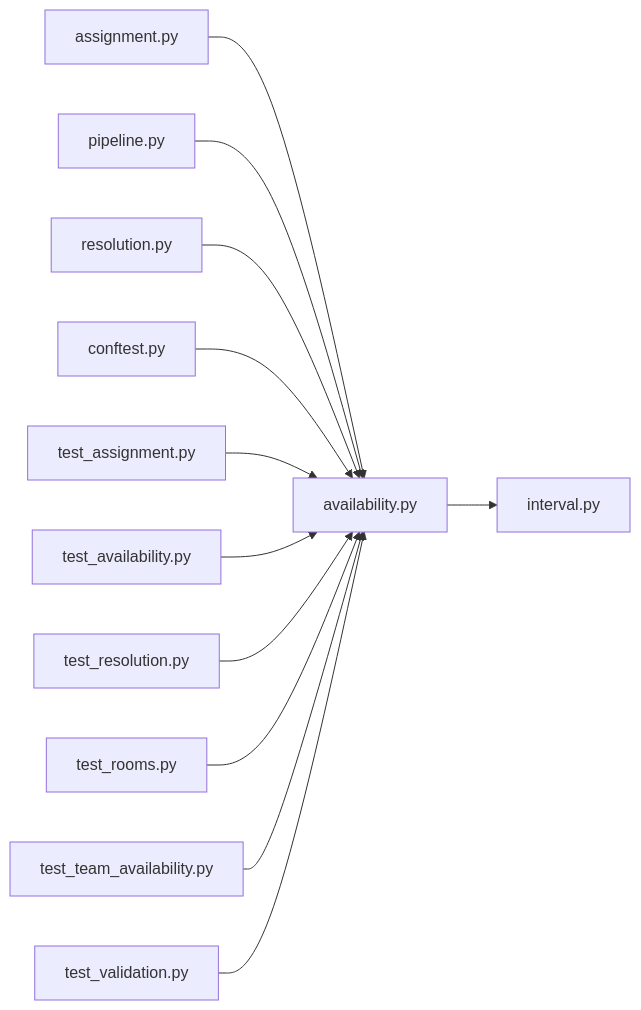
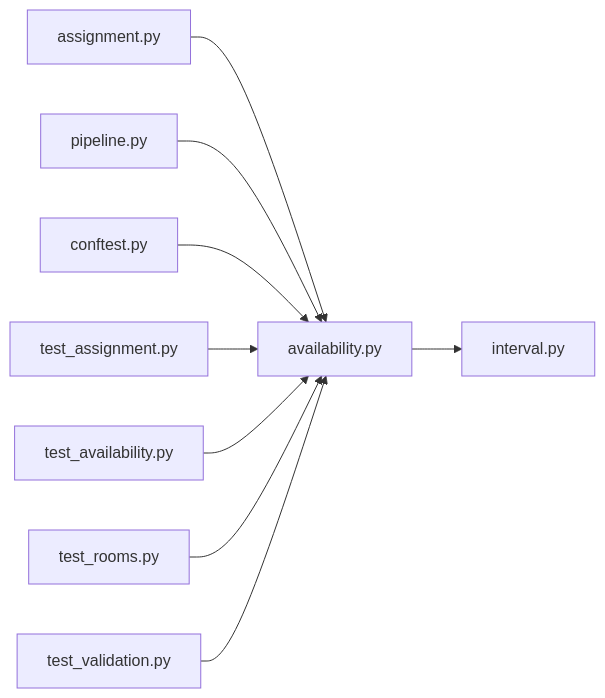
One commit to minkong-dev/Banblit changed the diagram in .cluedoc/graph/backend/src/backend/scheduling/availability.md. Above: the diagram before and after it, drawn with Mermaid. The commit also changed other lines of this file and 64 other files, not shown here.

````diff
--- a/.cluedoc/graph/backend/src/backend/scheduling/availability.md
+++ b/.cluedoc/graph/backend/src/backend/scheduling/availability.md
@@ -10,15 +10,12 @@
 ```mermaid
 flowchart LR
   backend_src_backend_scheduling_availability["availability.py"]
   backend_src_backend_scheduling_availability --> backend_src_backend_scheduling_interval["interval.py"]
   backend_src_backend_scheduling_assignment["assignment.py"] --> backend_src_backend_scheduling_availability
   backend_src_backend_scheduling_pipeline["pipeline.py"] --> backend_src_backend_scheduling_availability
-  backend_src_backend_scheduling_resolution["resolution.py"] --> backend_src_backend_scheduling_availability
   backend_tests_conftest["conftest.py"] --> backend_src_backend_scheduling_availability
   backend_tests_unit_test_assignment["test_assignment.py"] --> backend_src_backend_scheduling_availability
   backend_tests_unit_test_availability["test_availability.py"] --> backend_src_backend_scheduling_availability
-  backend_tests_unit_test_resolution["test_resolution.py"] --> backend_src_backend_scheduling_availability
   backend_tests_unit_test_rooms["test_rooms.py"] --> backend_src_backend_scheduling_availability
-  backend_tests_unit_test_team_availability["test_team_availability.py"] --> backend_src_backend_scheduling_availability
   backend_tests_unit_test_validation["test_validation.py"] --> backend_src_backend_scheduling_availability
 ```
````
